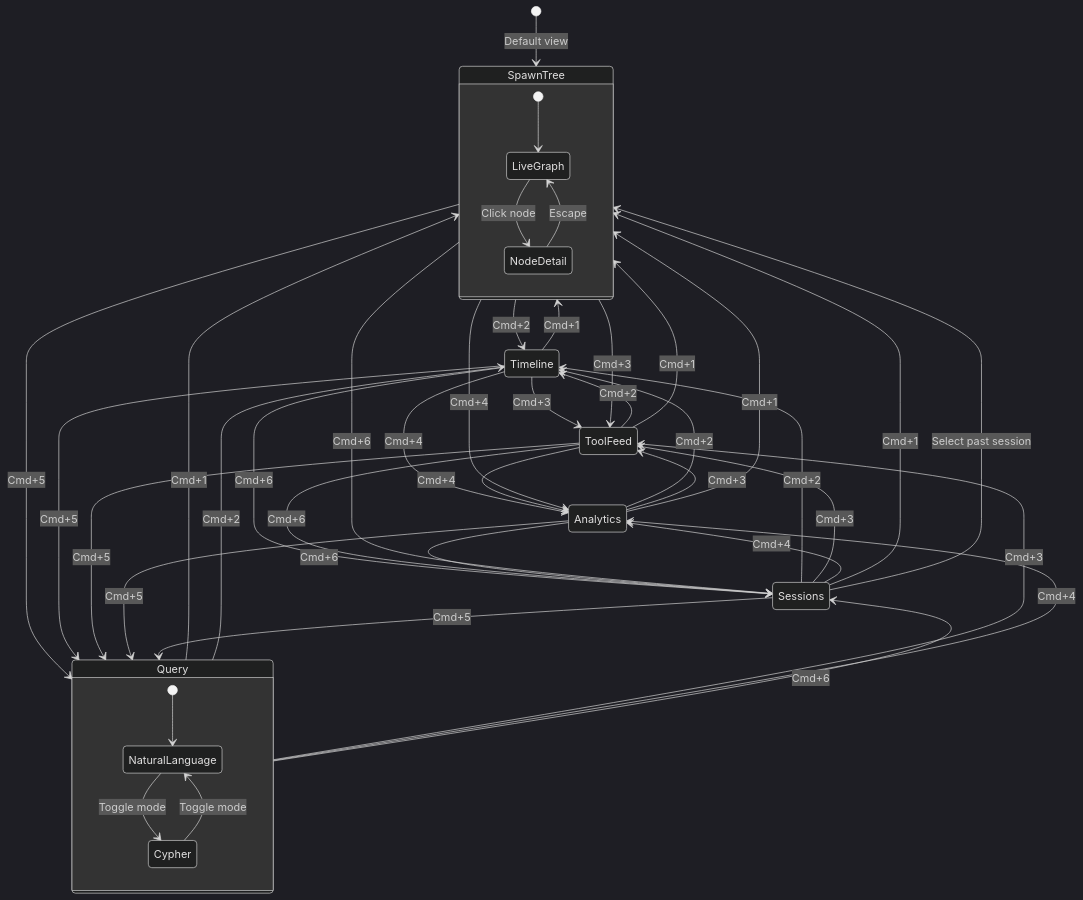
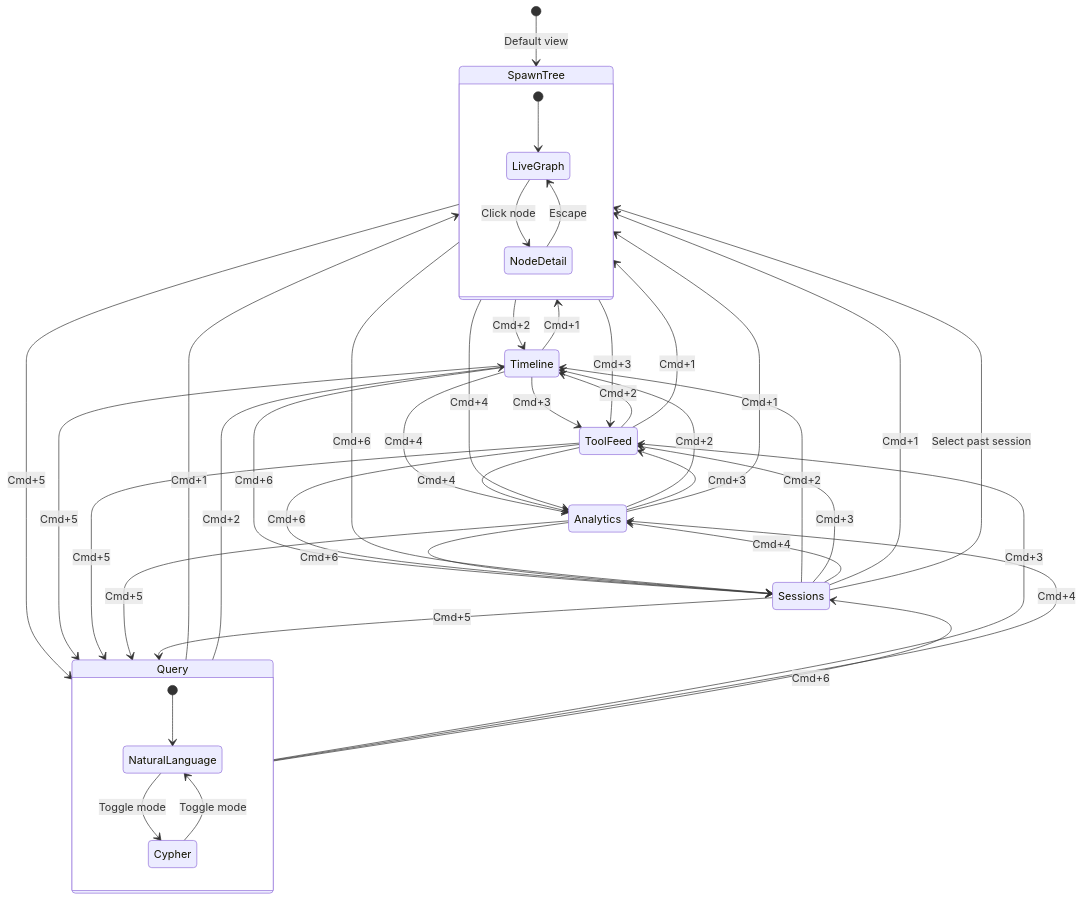
Before and after one commit to halcyondude/observable-claude: the first of 2 diagrams in docs/ux.md, drawn with Mermaid. The commit also changed other lines of this file and 6 other files, not shown here.

First line of the commit message:
docs: rewrite with matt-voice, fix mermaid for github rendering

````diff
--- a/docs/ux.md
+++ b/docs/ux.md
@@ -12,55 +12,54 @@
 ```mermaid
-%%{init: {'theme': 'dark', 'themeVariables': {'primaryColor': '#0A9396'}}}%%
 stateDiagram-v2
     [*] --> SpawnTree : Default view
 
     SpawnTree --> Timeline : Cmd+2
     SpawnTree --> ToolFeed : Cmd+3
     SpawnTree --> Analytics : Cmd+4
     SpawnTree --> Query : Cmd+5
     SpawnTree --> Sessions : Cmd+6
 
     Timeline --> SpawnTree : Cmd+1
     Timeline --> ToolFeed : Cmd+3
     Timeline --> Analytics : Cmd+4
     Timeline --> Query : Cmd+5
     Timeline --> Sessions : Cmd+6
 
     ToolFeed --> SpawnTree : Cmd+1
     ToolFeed --> Timeline : Cmd+2
     ToolFeed --> Analytics : Cmd+4
     ToolFeed --> Query : Cmd+5
     ToolFeed --> Sessions : Cmd+6
 
     Analytics --> SpawnTree : Cmd+1
     Analytics --> Timeline : Cmd+2
     Analytics --> ToolFeed : Cmd+3
     Analytics --> Query : Cmd+5
     Analytics --> Sessions : Cmd+6
 
     Query --> SpawnTree : Cmd+1
     Query --> Timeline : Cmd+2
     Query --> ToolFeed : Cmd+3
     Query --> Analytics : Cmd+4
     Query --> Sessions : Cmd+6
 
     Sessions --> SpawnTree : Cmd+1
     Sessions --> Timeline : Cmd+2
     Sessions --> ToolFeed : Cmd+3
     Sessions --> Analytics : Cmd+4
     Sessions --> Query : Cmd+5
 
     Sessions --> SpawnTree : Select past session
 
     state SpawnTree {
         [*] --> LiveGraph
         LiveGraph --> NodeDetail : Click node
         NodeDetail --> LiveGraph : Escape
     }
 
     state Query {
         [*] --> NaturalLanguage
         NaturalLanguage --> Cypher : Toggle mode
         Cypher --> NaturalLanguage : Toggle mode
     }
 ```
````
